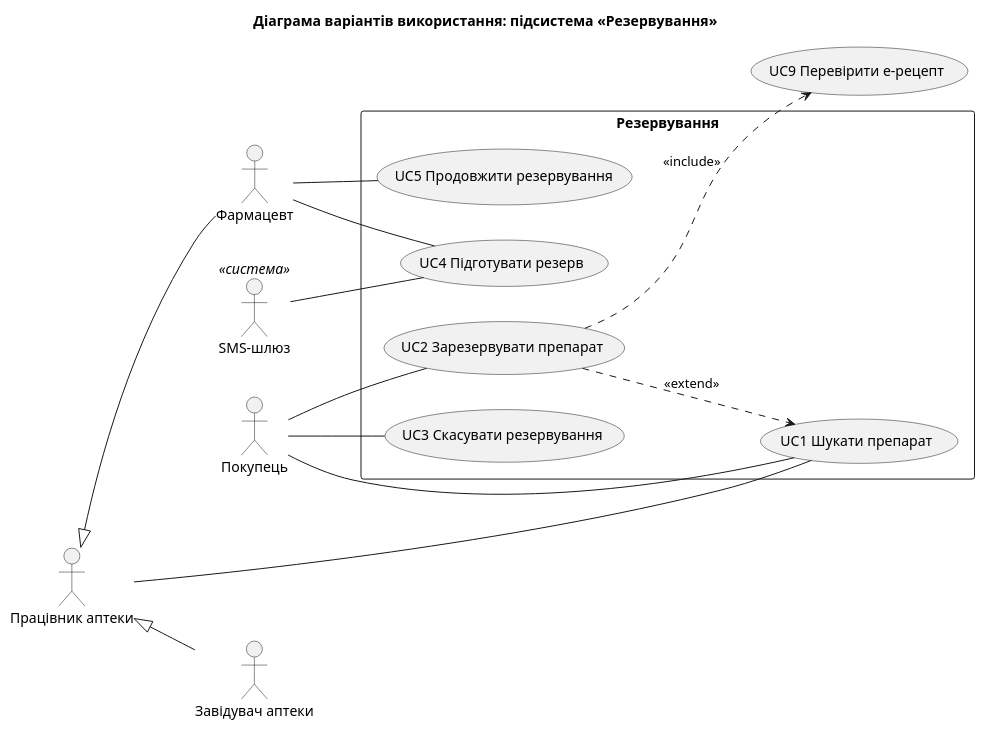
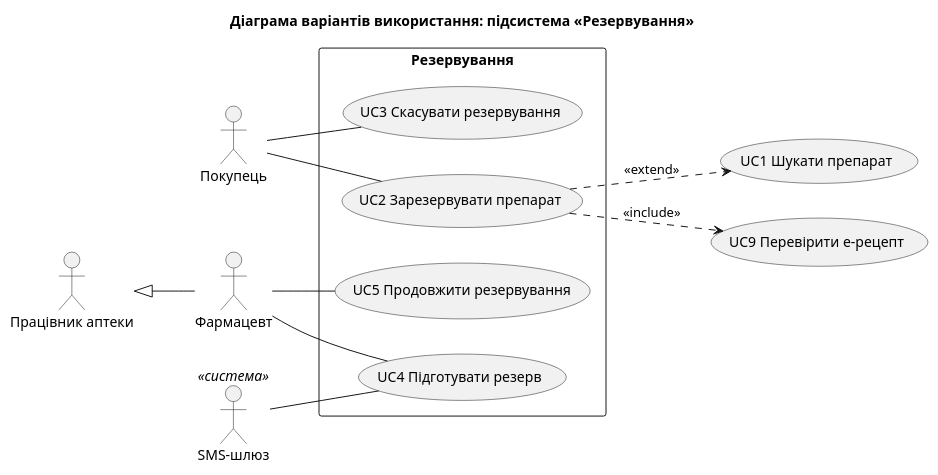
One commit to AlexFRUZ/ISDD changed the diagram in lab3/diagrams/uc_reservation.puml. Above: the diagram before and after it, drawn with PlantUML. The commit also changed 68 other files, not shown here.

```diff
--- a/lab3/diagrams/uc_reservation.puml
+++ b/lab3/diagrams/uc_reservation.puml
@@ -1,32 +1,28 @@
 @startuml uc_reservation
 title Діаграма варіантів використання: підсистема «Резервування»
 left to right direction
 skinparam packageStyle rectangle
 
 actor "Покупець" as A1
 actor "Працівник аптеки" as A2
 actor "Фармацевт" as A3
-actor "Завідувач аптеки" as A4
-actor "SMS-шлюз" as A5 <<система>>
+actor "SMS-шлюз" as A4 <<система>>
 
 rectangle "Резервування" {
-  usecase "UC1 Шукати препарат" as UC1
   usecase "UC2 Зарезервувати препарат" as UC2
   usecase "UC3 Скасувати резервування" as UC3
   usecase "UC4 Підготувати резерв" as UC4
   usecase "UC5 Продовжити резервування" as UC5
 }
 
+usecase "UC1 Шукати препарат" as UC1
 usecase "UC9 Перевірити е-рецепт" as UC9
 A2 <|-- A3
-A2 <|-- A4
-A1 -- UC1
-A2 -- UC1
 A1 -- UC2
 UC2 ..> UC9 : <<include>>
 UC2 ..> UC1 : <<extend>>
 A1 -- UC3
 A3 -- UC4
-A5 -- UC4
+A4 -- UC4
 A3 -- UC5
 @enduml
```
